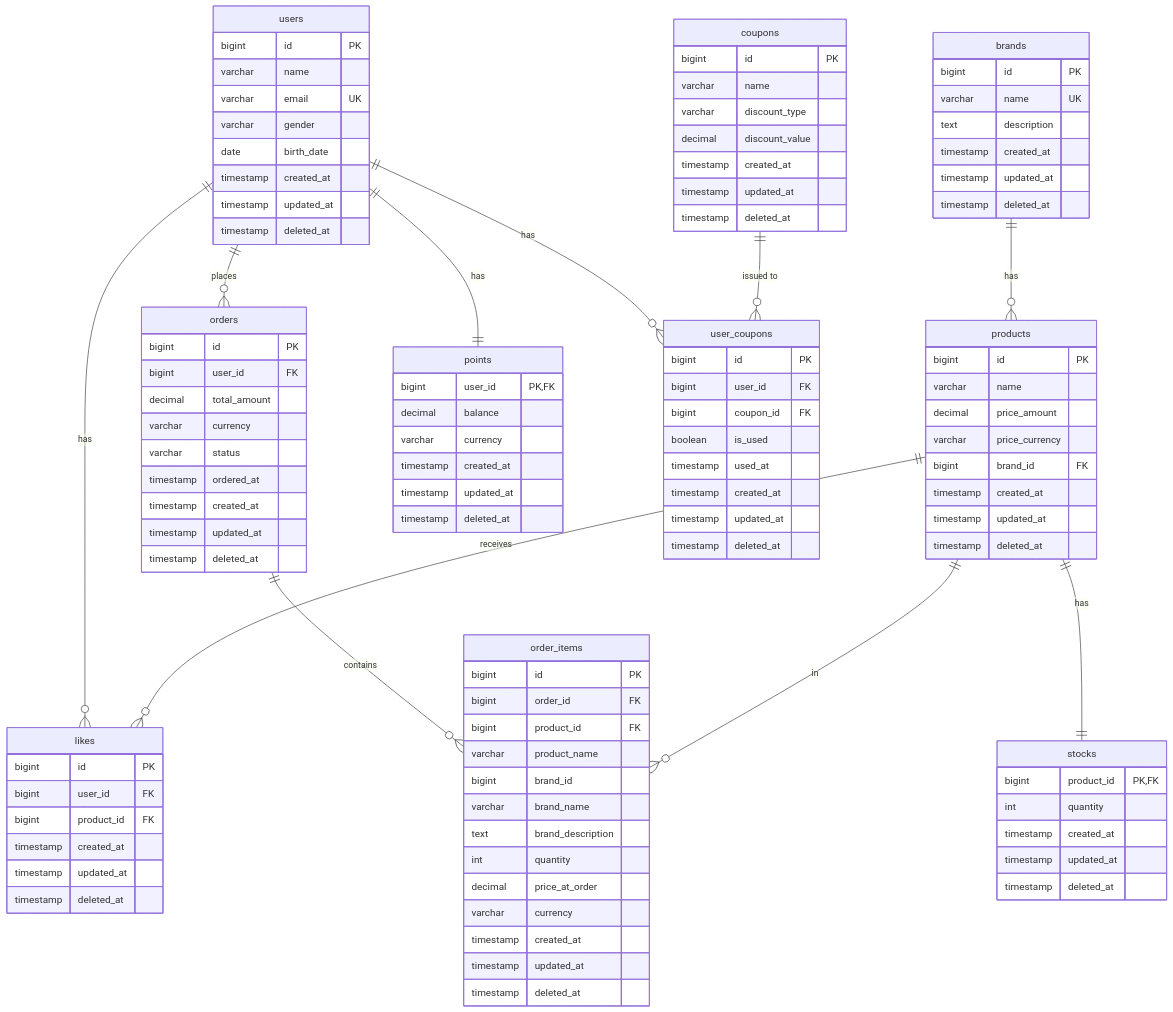
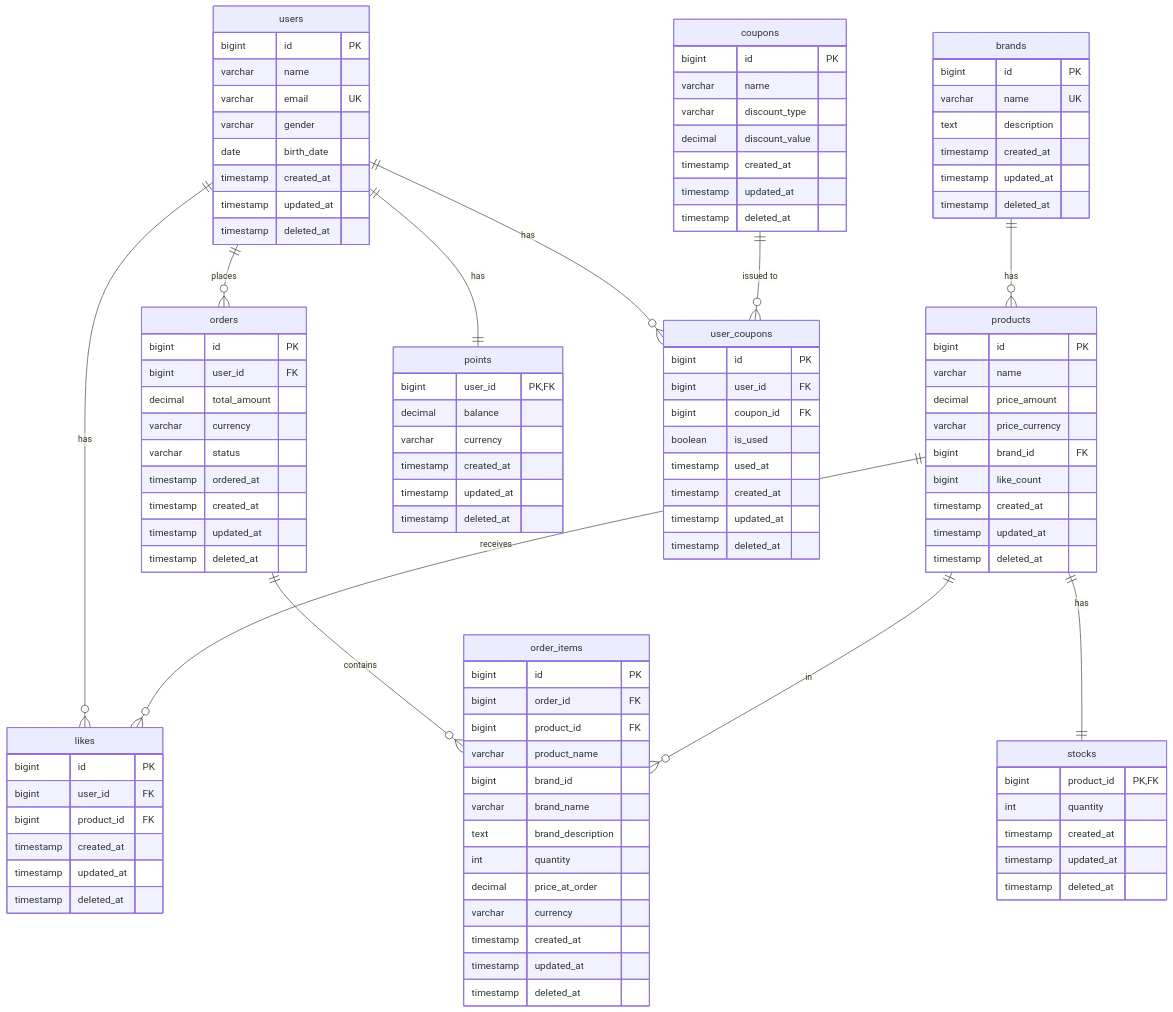
One commit to ghojeong/loopers-spring-kotlin-template changed the diagram in .docs/round2/4-erd.md. Above: the diagram before and after it, drawn with Mermaid. The commit also changed other lines of this file and 3 other files, not shown here.

```diff
--- a/.docs/round2/4-erd.md
+++ b/.docs/round2/4-erd.md
@@ -55,6 +55,7 @@
         decimal price_amount
         varchar price_currency
         bigint brand_id FK
+        bigint like_count
         timestamp created_at
         timestamp updated_at
         timestamp deleted_at
```
